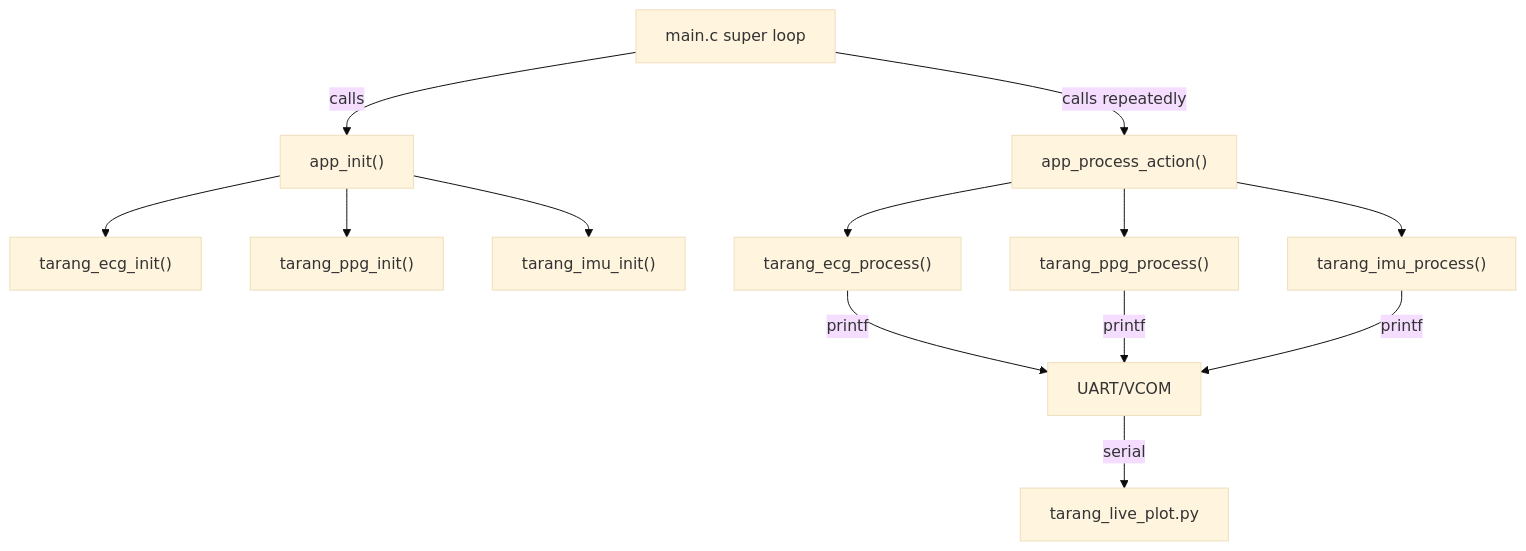
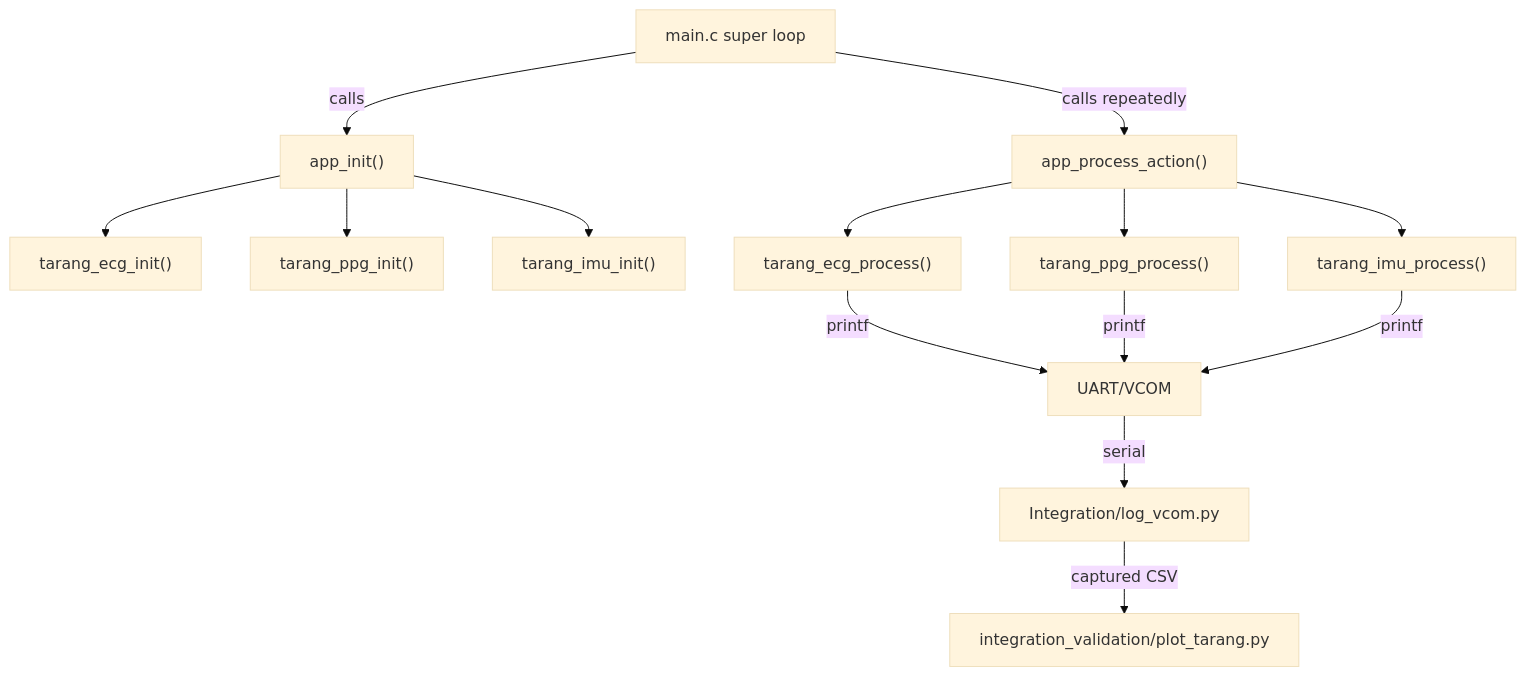
The diagram in projects/sensor_data_analysis.md (memehdi14/icc-26-tarang), drawn with Mermaid (base theme) before and after one commit. The commit also changed other lines of this file and 21 other files, not shown here.

````diff
--- a/projects/sensor_data_analysis.md
+++ b/projects/sensor_data_analysis.md
@@ -5,15 +5,16 @@
 ```mermaid
 graph TD
     A["main.c super loop"] -->|"calls"| B["app_init()"]
     A -->|"calls repeatedly"| C["app_process_action()"]
     B --> D["tarang_ecg_init()"]
     B --> E["tarang_ppg_init()"]
     B --> F["tarang_imu_init()"]
     C --> G["tarang_ecg_process()"]
     C --> H["tarang_ppg_process()"]
     C --> I["tarang_imu_process()"]
     G -->|"printf"| J["UART/VCOM"]
     H -->|"printf"| J
     I -->|"printf"| J
-    J -->|"serial"| K["tarang_live_plot.py"]
+    J -->|"serial"| K["Integration/log_vcom.py"]
+    K -->|"captured CSV"| L["integration_validation/plot_tarang.py"]
 ```
````
